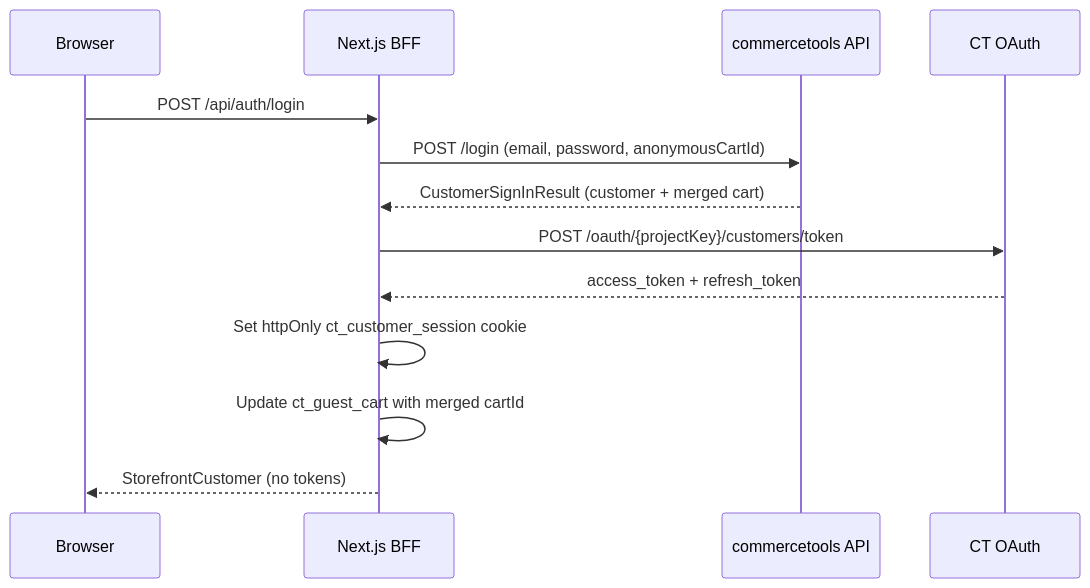
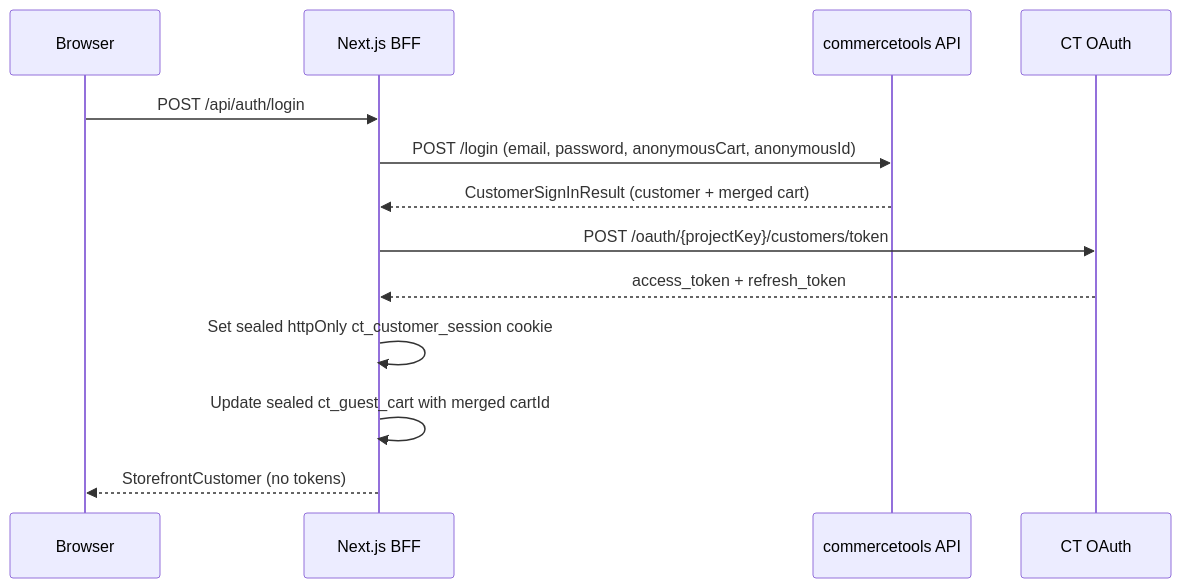
One commit to tomasz-miller/zero-to-ct-storefront changed the diagram in docs/CUSTOMER_AUTH.md. Above: the diagram before and after it, drawn with Mermaid. The commit also changed other lines of this file and 65 other files, not shown here.

First line of the commit message:
fix: Track 1A — sealed sessions, least-privilege customer tokens and commercetools sign-in merge (#7)

````diff
--- a/docs/CUSTOMER_AUTH.md
+++ b/docs/CUSTOMER_AUTH.md
@@ -7,16 +7,16 @@
 ```mermaid
 sequenceDiagram
   participant Browser
   participant BFF as Next.js BFF
   participant CT as commercetools API
   participant Auth as CT OAuth
 
   Browser->>BFF: POST /api/auth/login
-  BFF->>CT: POST /login (email, password, anonymousCartId)
+  BFF->>CT: POST /login (email, password, anonymousCart, anonymousId)
   CT-->>BFF: CustomerSignInResult (customer + merged cart)
   BFF->>Auth: POST /oauth/{projectKey}/customers/token
   Auth-->>BFF: access_token + refresh_token
-  BFF->>BFF: Set httpOnly ct_customer_session cookie
-  BFF->>BFF: Update ct_guest_cart with merged cartId
+  BFF->>BFF: Set sealed httpOnly ct_customer_session cookie
+  BFF->>BFF: Update sealed ct_guest_cart with merged cartId
   BFF-->>Browser: StorefrontCustomer (no tokens)
 ```
````
